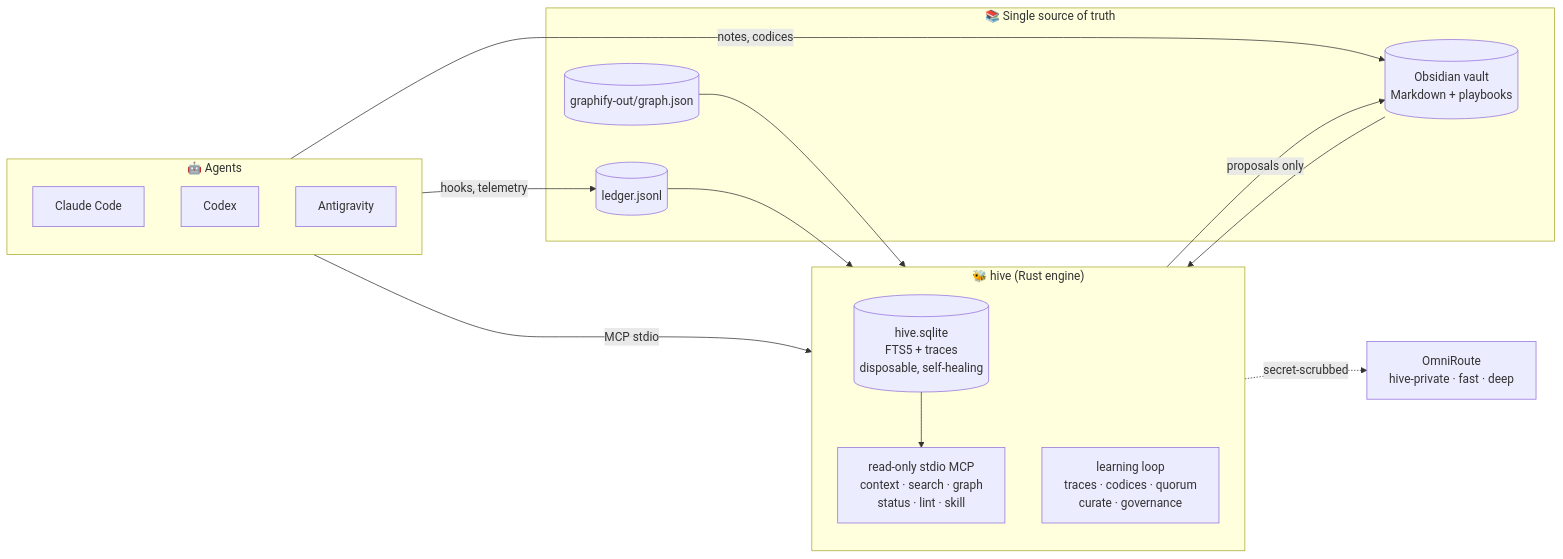
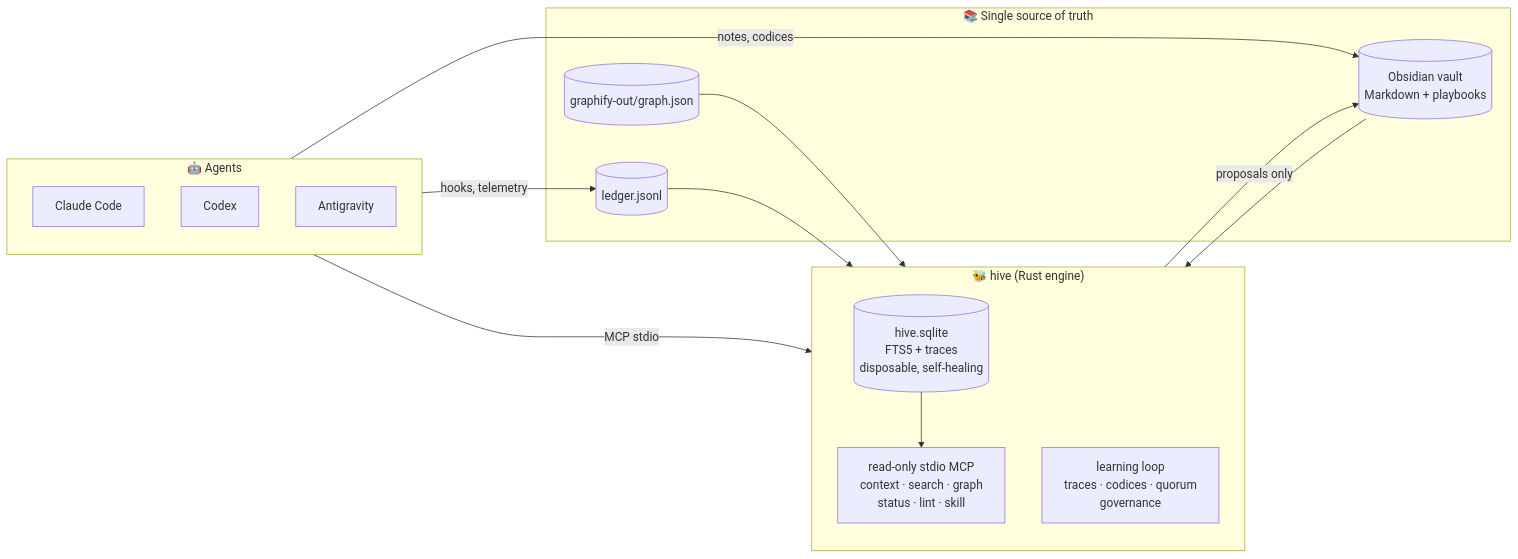
The second of 2 diagrams in README.md (4LPH7/Ai-hive), drawn with Mermaid before and after one commit. The commit also changed other lines of this file and 9 other files, not shown here.

First line of the commit message:
chore: cut OmniRoute curator (llm.rs, curate.rs) and ureq (ponytail audit)

````diff
--- a/README.md
+++ b/README.md
@@ -104,32 +104,30 @@
 ```mermaid
 flowchart LR
     subgraph Agents["🤖 Agents"]
         CC["Claude Code"]
         CX["Codex"]
         AG["Antigravity"]
     end
 
     subgraph Hive["🐝 hive (Rust engine)"]
         direction TB
         MCP["read-only stdio MCP<br/>context · search · graph<br/>status · lint · skill"]
-        LOOP["learning loop<br/>traces · codices · quorum<br/>curate · governance"]
+        LOOP["learning loop<br/>traces · codices · quorum<br/>governance"]
         IDX[("hive.sqlite<br/>FTS5 + traces<br/>disposable, self-healing")]
     end
 
     subgraph Truth["📚 Single source of truth"]
         V[("Obsidian vault<br/>Markdown + playbooks")]
         GJ[("graphify-out/graph.json")]
         LD[("ledger.jsonl")]
     end
 
-    LLM["OmniRoute<br/>hive-private · fast · deep"]
 
     Agents -- "MCP stdio" --> MCP
     Agents -- "notes, codices" --> V
     Agents -- "hooks, telemetry" --> LD
     V --> IDX --> MCP
     GJ --> MCP
     LD --> LOOP
     LOOP -- "proposals only" --> V
-    LOOP -. "secret-scrubbed" .-> LLM
 ```
````
